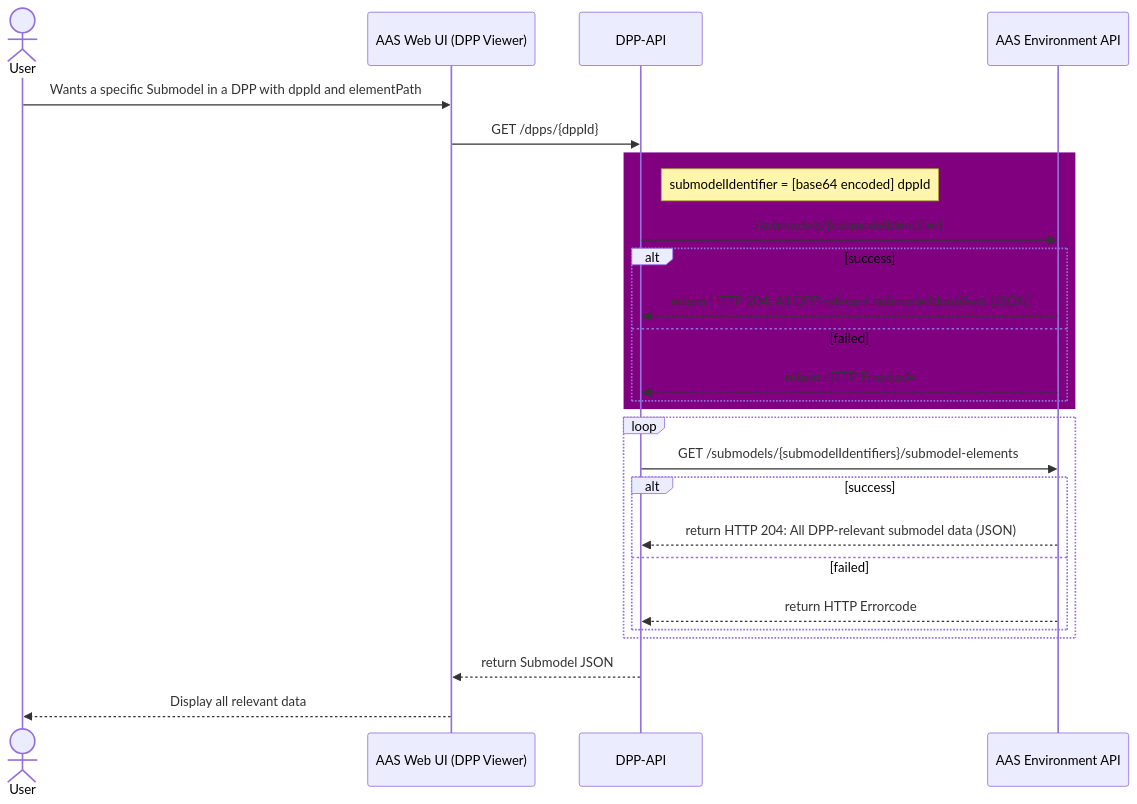
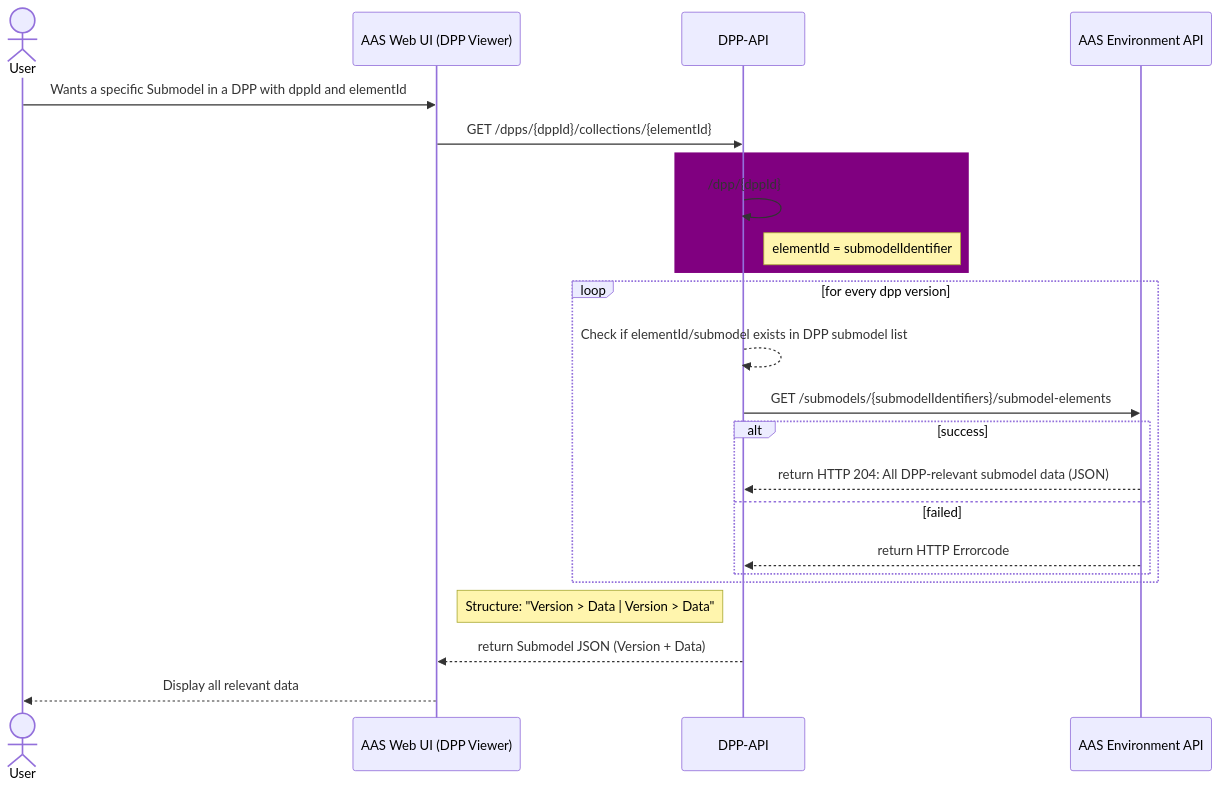
The eighth of 10 diagrams in PROJECT/SAS/mapping.md (DHBW-TINF24F/Team6-BaSyx-DPP-API), drawn with Mermaid before and after one commit. The commit also changed other lines of this file and 1 other file, not shown here.

````diff
--- a/PROJECT/SAS/mapping.md
+++ b/PROJECT/SAS/mapping.md
@@ -303,32 +286,29 @@
 ```mermaid
 sequenceDiagram
   actor User
   participant Web as AAS Web UI (DPP Viewer)
   participant API as DPP-API
   participant Env as AAS Environment API
 
-  User->>Web: Wants a specific Submodel in a DPP with dppId and elementPath
-  Web->>API: GET /dpps/{dppId}
+  User->>Web: Wants a specific Submodel in a DPP with dppId and elementId
+  Web->>API: GET /dpps/{dppId}/collections/{elementId}
 
   rect purple
-    Note right of API: submodelIdentifier = [base64 encoded] dppId
-    API->>Env: /submodels/{submodelIdentifier}
-    alt success
-        Env-->>API: return HTTP 204: All DPP-relevant submodelIdentifiers (JSON)
-    else failed
-        Env-->>API: return HTTP Errorcode
-    end
+    API->>API: /dpp/{dppId}
+    Note right of API: elementId = submodelIdentifier
   end
 
-  loop
+  loop for every dpp version
+    API-->>API: Check if elementId/submodel exists in DPP submodel list
     API->>Env: GET /submodels/{submodelIdentifiers}/submodel-elements
     alt success
       Env-->>API: return HTTP 204: All DPP-relevant submodel data (JSON)
     else failed
       Env-->>API: return HTTP Errorcode
     end
   end
 
-  API-->>Web: return Submodel JSON
+  Note right of Web: Structure: "Version > Data | Version > Data"
+  API-->>Web: return Submodel JSON (Version + Data)
   Web-->>User: Display all relevant data
 ```
````
